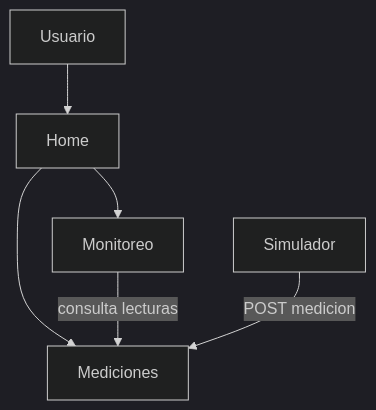
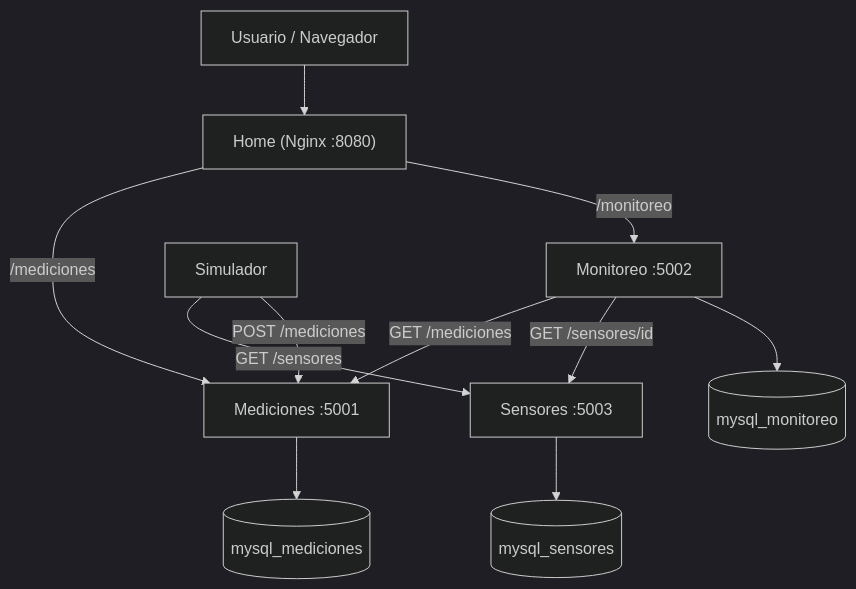
One commit to ngcddev/Sistema-Distribuido-de-Monitoreo-IoT-Simulado changed the diagram in docs/arquitectura/ARCHITECTURE.md. Above: the diagram before and after it, drawn with Mermaid (dark theme). The commit also changed other lines of this file, not shown here.

Commit message:
docs(arquitectura): actualizar con Sensores, tres MySQL y proxy Nginx

````diff
--- a/docs/arquitectura/ARCHITECTURE.md
+++ b/docs/arquitectura/ARCHITECTURE.md
@@ -14,8 +14,13 @@
 ```mermaid
 flowchart TD
-    U[Usuario] --> H[Home]
-    H --> M[Mediciones]
-    H --> MO[Monitoreo]
-    MO -- consulta lecturas --> M
-    SIM[Simulador] -- POST medicion --> M
+    U[Usuario / Navegador] --> H["Home (Nginx :8080)"]
+    H -- "/mediciones" --> M["Mediciones :5001"]
+    H -- "/monitoreo" --> MO["Monitoreo :5002"]
+    MO -- "GET /mediciones" --> M
+    MO -- "GET /sensores/id" --> S["Sensores :5003"]
+    SIM[Simulador] -- "GET /sensores" --> S
+    SIM -- "POST /mediciones" --> M
+    M --> DBM[("mysql_mediciones")]
+    S --> DBS[("mysql_sensores")]
+    MO --> DBMO[("mysql_monitoreo")]
 ```
````
